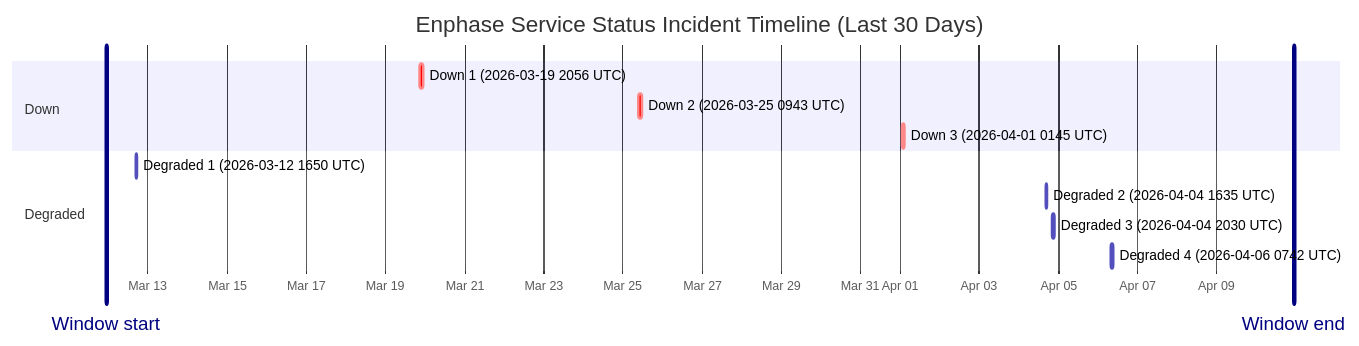
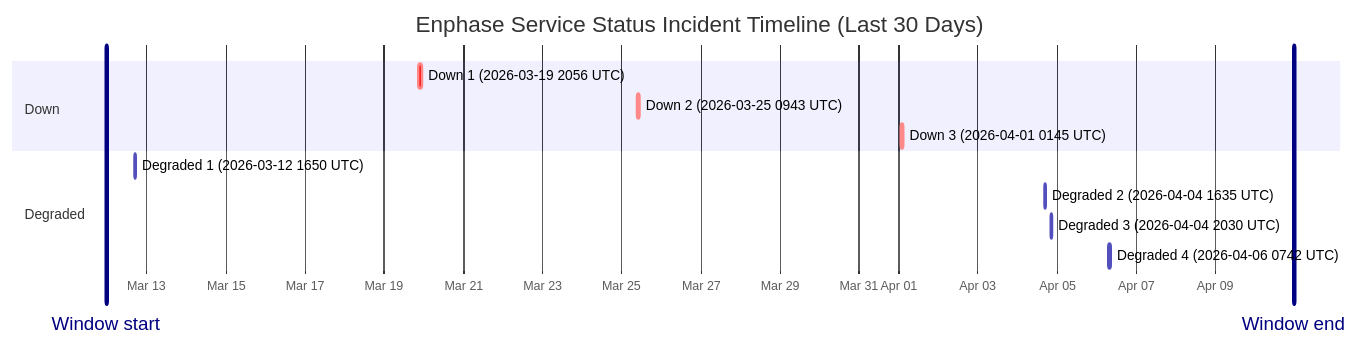
One commit to barneyonline/ha-enphase-ev-charger changed the diagram in wiki/Service-Status-History.md. Above: the diagram before and after it, drawn with Mermaid. The commit also changed other lines of this file and 3 other files, not shown here.

````diff
--- a/wiki/Service-Status-History.md
+++ b/wiki/Service-Status-History.md
@@ -14,17 +14,17 @@
 ```mermaid
 gantt
     title Enphase Service Status Incident Timeline (Last 30 Days)
     dateFormat  YYYY-MM-DDTHH:mm:ss
     axisFormat  %b %d
-    Window start :vert, window-start, 2026-03-11T22:36:52, 0ms
-    Window end :vert, window-end, 2026-04-10T22:36:52, 0ms
+    Window start :vert, window-start, 2026-03-11T23:34:29, 0ms
+    Window end :vert, window-end, 2026-04-10T23:34:29, 0ms
     section Down
     Down 1 (2026-03-19 2056 UTC) :crit, down-1, 2026-03-19T20:56:20, 145m
     Down 2 (2026-03-25 0943 UTC) :crit, down-2, 2026-03-25T09:43:28, 111m
     Down 3 (2026-04-01 0145 UTC) :crit, down-3, 2026-04-01T01:45:09, 60m
     section Degraded
     Degraded 1 (2026-03-12 1650 UTC) :active, degraded-1, 2026-03-12T16:50:43, 60m
     Degraded 2 (2026-04-04 1635 UTC) :active, degraded-2, 2026-04-04T16:35:17, 60m
     Degraded 3 (2026-04-04 2030 UTC) :active, degraded-3, 2026-04-04T20:30:40, 60m
     Degraded 4 (2026-04-06 0742 UTC) :active, degraded-4, 2026-04-06T07:42:09, 85m
 ```
````
